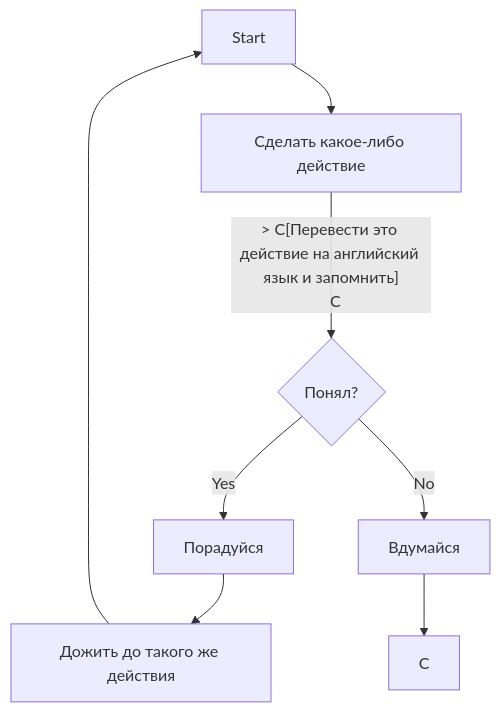
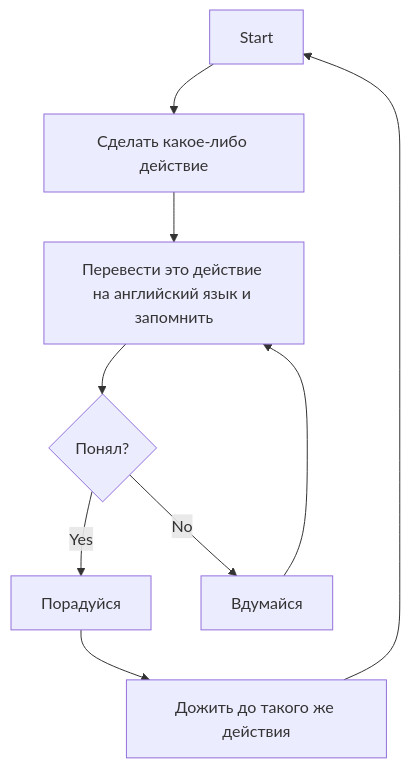
Before and after one commit to Fluorin3/hello_git: the diagram in README.md, drawn with Mermaid.

Commit message:
README update

````diff
--- a/README.md
+++ b/README.md
@@ -35,8 +35,8 @@
 ```mermaid
 graph TD
   A[Start] --> B[Сделать какое-либо действие]
-  B -- > C[Перевести это действие на английский язык и запомнить]
+  B --> C[Перевести это действие на английский язык и запомнить]
   C --> D{Понял?}
   D --> |Yes| E[Порадуйся] --> G[Дожить до такого же действия] --> A
   D --> |No| F[Вдумайся] --> C
 ```
````
